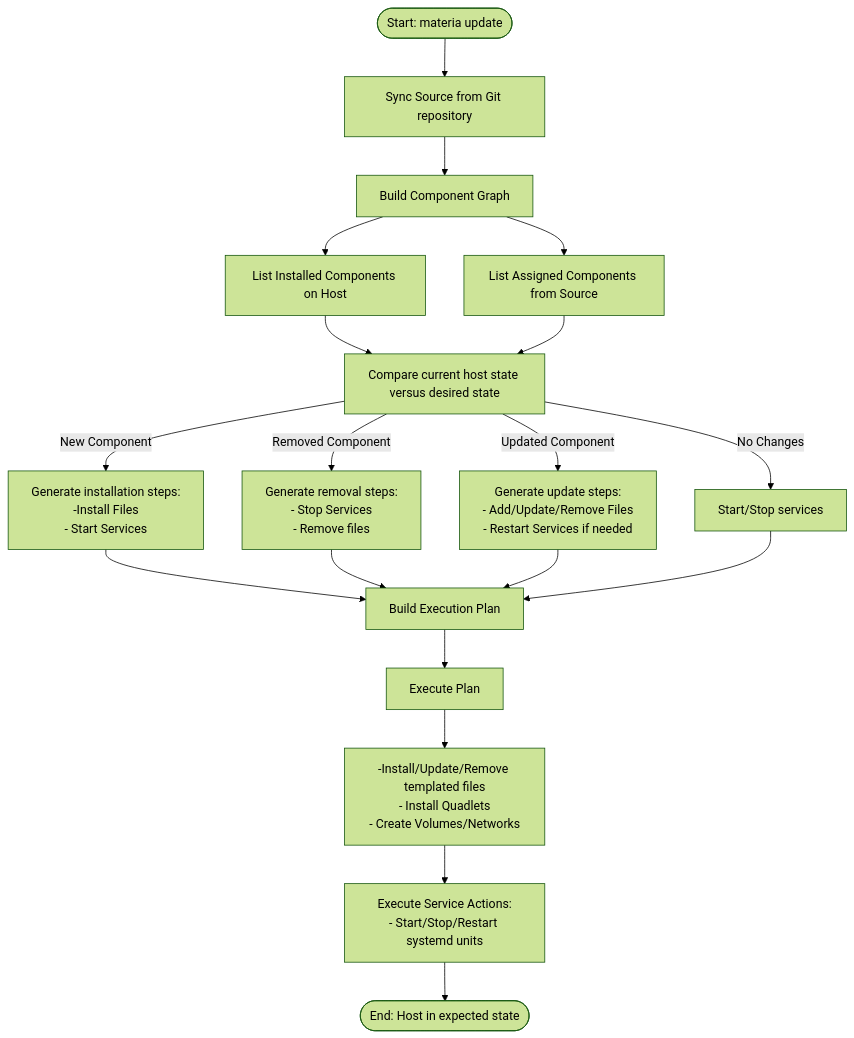
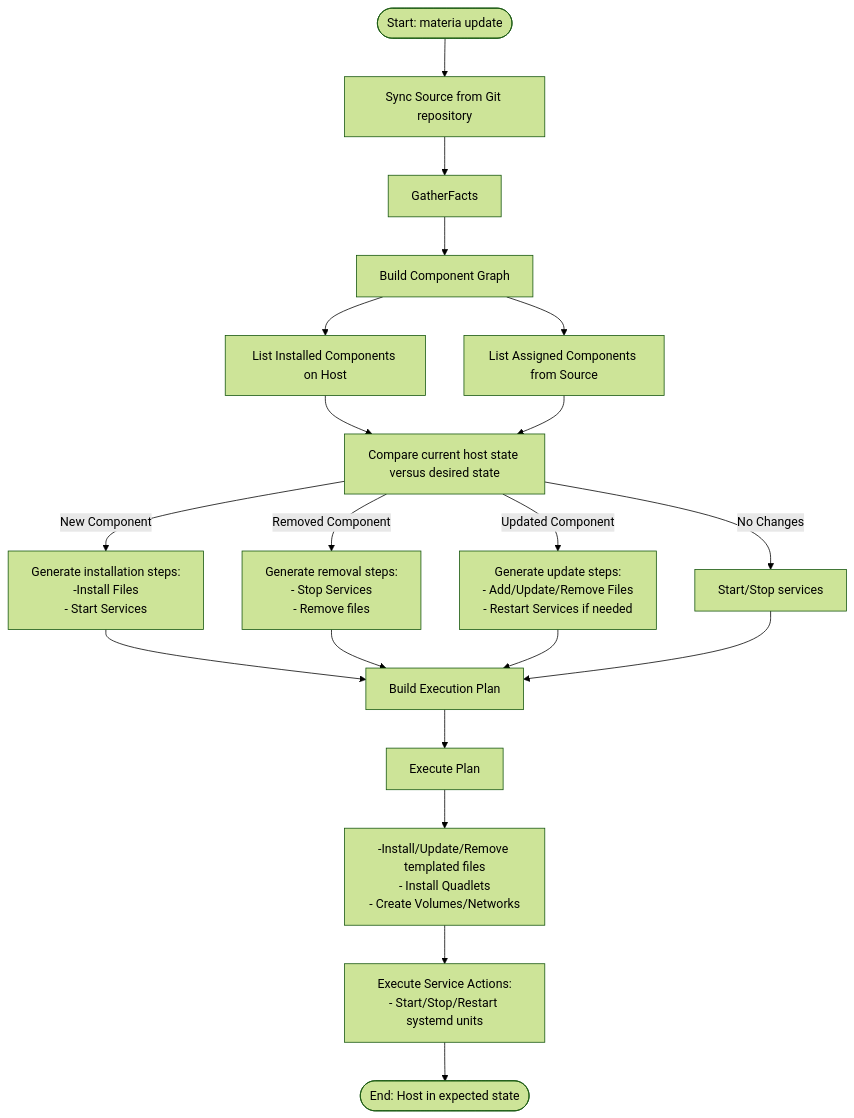
Before and after one commit to stryan/materia: the diagram in diagram.md, drawn with Mermaid (forest theme). The commit also changed 1 other file, not shown here.

Commit message:
docs: touch up readme

````diff
--- a/diagram.md
+++ b/diagram.md
@@ -5,31 +5,32 @@
 ```mermaid
 graph TD
     Start([Start: materia update]) --> SyncSources[Sync Source from Git repository]
 
-    SyncSources --> BuildGraph[Build Component Graph]
+    SyncSources --> GatherFacts
+    GatherFacts --> BuildGraph[Build Component Graph]
     BuildGraph --> ListInstalled[List Installed Components on Host]
     BuildGraph --> ListAssigned[List Assigned Components from Source]
 
     ListInstalled --> CompareStates[Compare current host state versus desired state]
     ListAssigned --> CompareStates
     CompareStates -->|New Component| GenFresh[Generate installation steps: </br>-Install Files<br/>- Start Services]
 
     CompareStates -->|Removed Component| GenRemove[Generate removal steps:<br/>- Stop Services<br/>- Remove files]
 
     CompareStates -->|Updated Component| GenUpdate[Generate update steps:<br/>- Add/Update/Remove Files<br/>- Restart Services if needed]
 
     CompareStates -->|No Changes| GenUnchanged[Start/Stop services]
 
     GenFresh --> BuildPlan[Build Execution Plan]
     GenRemove --> BuildPlan
     GenUpdate --> BuildPlan
     GenUnchanged --> BuildPlan
 
     BuildPlan --> ExecutePlan[Execute Plan]
 
     ExecutePlan --> ExecResources[-Install/Update/Remove templated files<br/>- Install Quadlets<br/>- Create Volumes/Networks]
 
     ExecResources --> ExecServices[Execute Service Actions:<br/>- Start/Stop/Restart systemd units<br/>]
 
     ExecServices --> End([End: Host in expected state])
 ```
````
